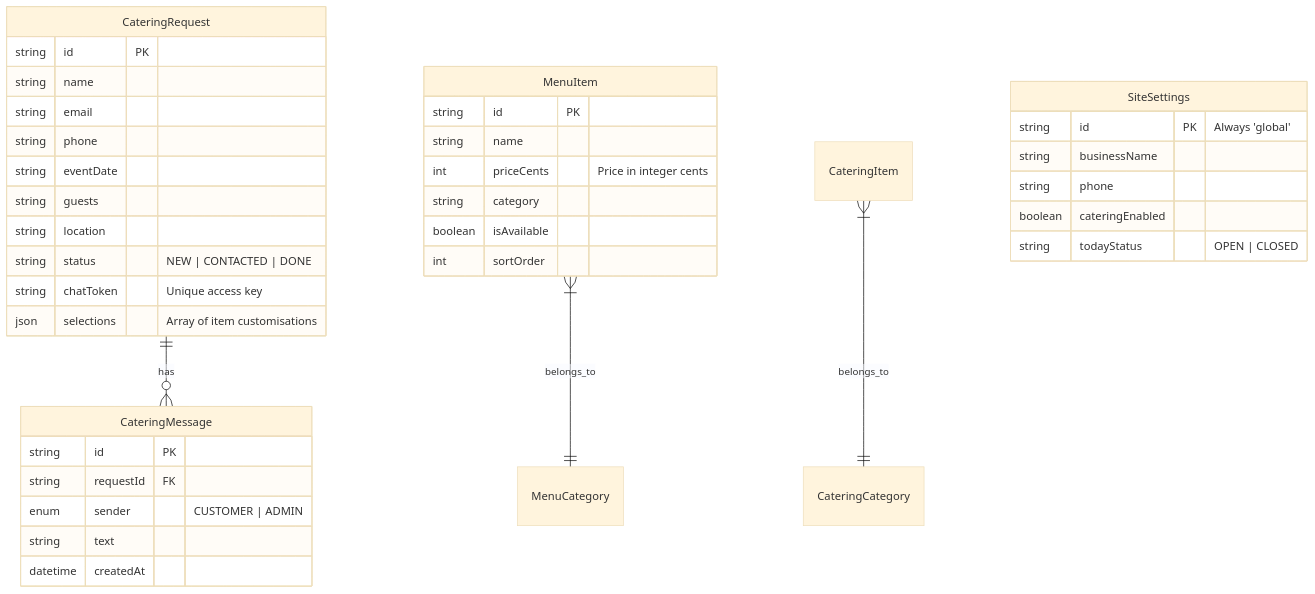
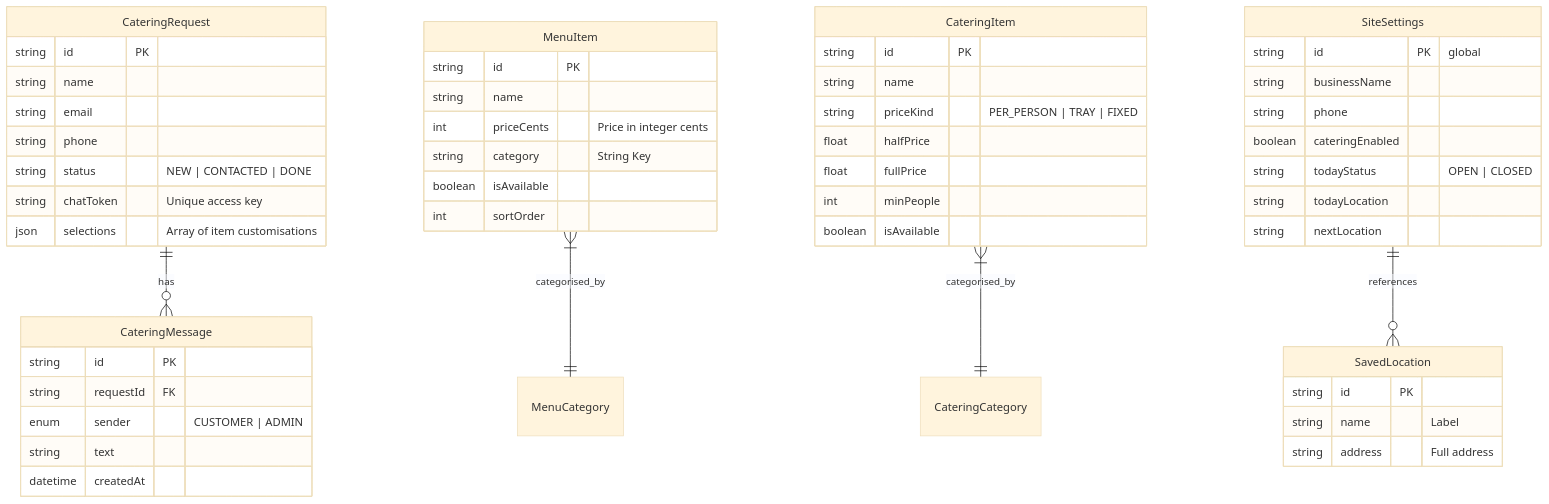
One commit to tejamahesh1433/indian-food-truck-site changed the diagram in docs/DATABASE_DESIGN.md. Above: the diagram before and after it, drawn with Mermaid (base theme). The commit also changed other lines of this file and 4 other files, not shown here.

Commit message:
docs: integrate all 6 professional technical diagrams (Architecture, ER, Use Case, Sequence, DFD, Component) using Mermaid.

````diff
--- a/docs/DATABASE_DESIGN.md
+++ b/docs/DATABASE_DESIGN.md
@@ -9,44 +3,60 @@
 ```mermaid
 erDiagram
-    CateringRequest ||--o{ CateringMessage : has
-    MenuItem }|--|| MenuCategory : belongs_to
-    CateringItem }|--|| CateringCategory : belongs_to
+    CateringRequest ||--o{ CateringMessage : "has"
+    MenuItem }|--|| MenuCategory : "categorised_by"
+    CateringItem }|--|| CateringCategory : "categorised_by"
+    SiteSettings ||--o{ SavedLocation : "references"
 
     CateringRequest {
         string id PK
         string name
         string email
         string phone
-        string eventDate
-        string guests
-        string location
         string status "NEW | CONTACTED | DONE"
         string chatToken "Unique access key"
         json selections "Array of item customisations"
     }
 
     CateringMessage {
         string id PK
         string requestId FK
         enum sender "CUSTOMER | ADMIN"
         string text
         datetime createdAt
     }
 
     MenuItem {
         string id PK
         string name
         int priceCents "Price in integer cents"
-        string category
+        string category "String Key"
         boolean isAvailable
         int sortOrder
     }
 
+    CateringItem {
+        string id PK
+        string name
+        string priceKind "PER_PERSON | TRAY | FIXED"
+        float halfPrice
+        float fullPrice
+        int minPeople
+        boolean isAvailable
+    }
+
     SiteSettings {
-        string id PK "Always 'global'"
+        string id PK "global"
         string businessName
         string phone
         boolean cateringEnabled
         string todayStatus "OPEN | CLOSED"
+        string todayLocation
+        string nextLocation
+    }
+
+    SavedLocation {
+        string id PK
+        string name "Label"
+        string address "Full address"
     }
 ```
````
